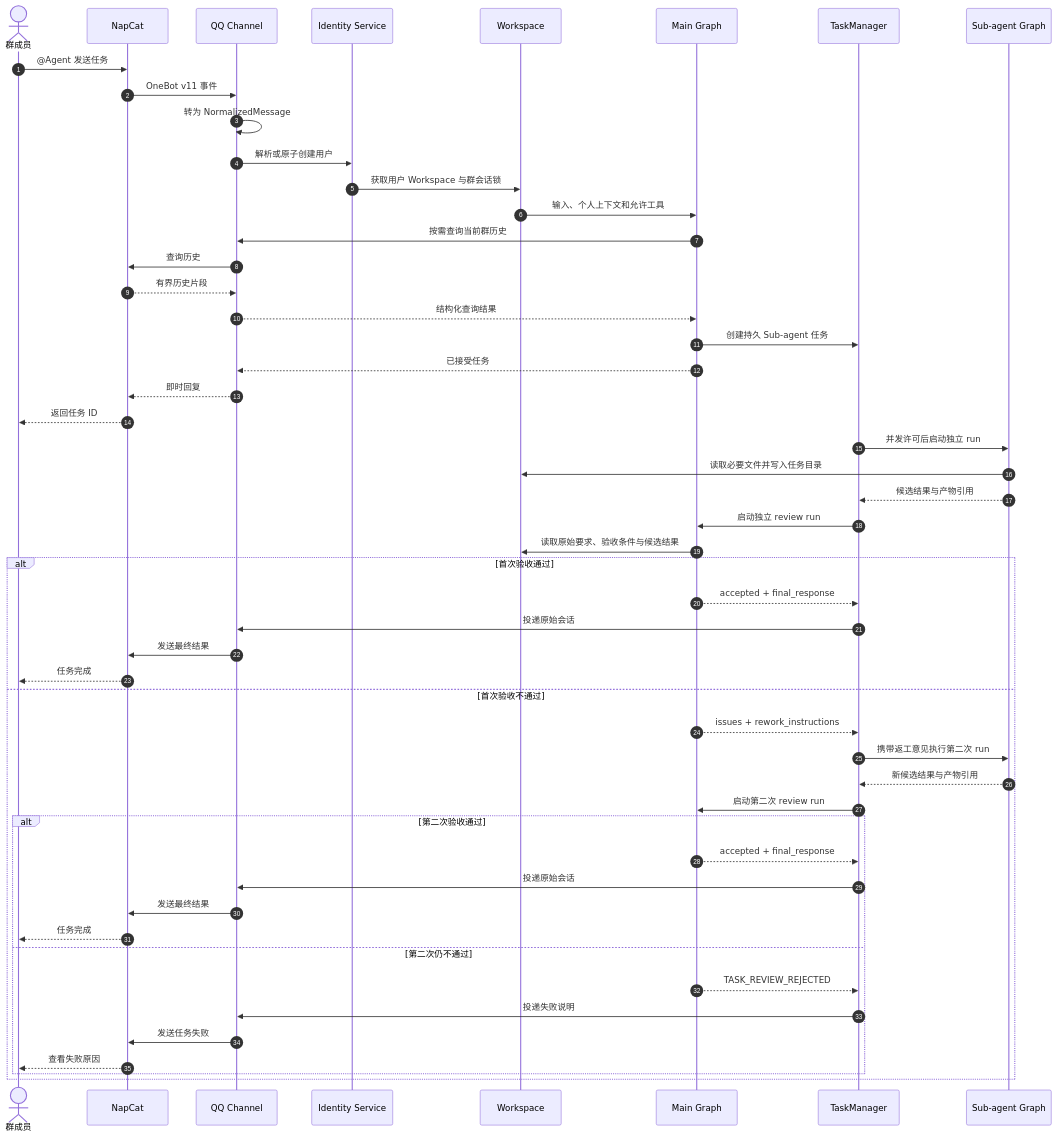
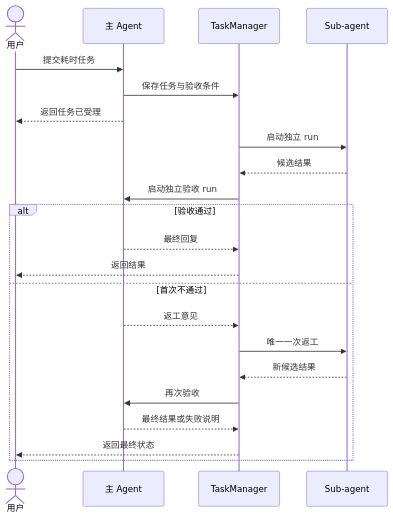
The second of 2 diagrams in docs/design.md (tamakara/mind-agent), drawn with Mermaid before and after one commit. The commit also changed other lines of this file and 3 other files, not shown here.

````diff
--- a/docs/design.md
+++ b/docs/design.md
@@ -120,54 +141,25 @@
 ```mermaid
 sequenceDiagram
-    autonumber
-    actor U as 群成员
-    participant N as NapCat
-    participant C as QQ Channel
-    participant I as Identity Service
-    participant W as Workspace
-    participant M as Main Graph
+    actor U as 用户
+    participant M as 主 Agent
     participant T as TaskManager
-    participant S as Sub-agent Graph
+    participant S as Sub-agent
 
-    U->>N: @Agent 发送任务
-    N->>C: OneBot v11 事件
-    C->>C: 转为 NormalizedMessage
-    C->>I: 解析或原子创建用户
-    I->>W: 获取用户 Workspace 与群会话锁
-    W->>M: 输入、个人上下文和允许工具
-    M->>C: 按需查询当前群历史
-    C->>N: 查询历史
-    N-->>C: 有界历史片段
-    C-->>M: 结构化查询结果
-    M->>T: 创建持久 Sub-agent 任务
-    M-->>C: 已接受任务
-    C-->>N: 即时回复
-    N-->>U: 返回任务 ID
-    T->>S: 并发许可后启动独立 run
-    S->>W: 读取必要文件并写入任务目录
-    S-->>T: 候选结果与产物引用
-    T->>M: 启动独立 review run
-    M->>W: 读取原始要求、验收条件与候选结果
-    alt 首次验收通过
-        M-->>T: accepted + final_response
-        T->>C: 投递原始会话
-        C->>N: 发送最终结果
-        N-->>U: 任务完成
-    else 首次验收不通过
-        M-->>T: issues + rework_instructions
-        T->>S: 携带返工意见执行第二次 run
-        S-->>T: 新候选结果与产物引用
-        T->>M: 启动第二次 review run
-        alt 第二次验收通过
-            M-->>T: accepted + final_response
-            T->>C: 投递原始会话
-            C->>N: 发送最终结果
-            N-->>U: 任务完成
-        else 第二次仍不通过
-            M-->>T: TASK_REVIEW_REJECTED
-            T->>C: 投递失败说明
-            C->>N: 发送任务失败
-            N-->>U: 查看失败原因
-        end
+    U->>M: 提交耗时任务
+    M->>T: 保存任务与验收条件
+    M-->>U: 返回任务已受理
+    T->>S: 启动独立 run
+    S-->>T: 候选结果
+    T->>M: 启动独立验收 run
+    alt 验收通过
+        M-->>T: 最终回复
+        T-->>U: 返回结果
+    else 首次不通过
+        M-->>T: 返工意见
+        T->>S: 唯一一次返工
+        S-->>T: 新候选结果
+        T->>M: 再次验收
+        M-->>T: 最终结果或失败说明
+        T-->>U: 返回最终状态
     end
 ```
````
